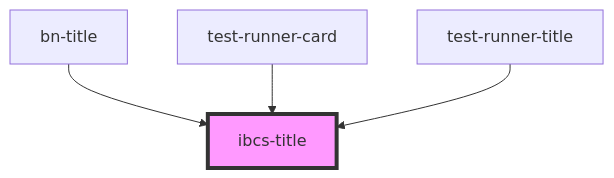
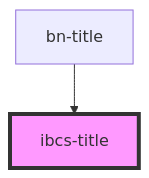
The diagram in src/components/bn-title/ibcs-title/readme.md (bino-bi/bn-template-engine), drawn with Mermaid before and after one commit. The commit also changed other lines of this file and 17 other files, not shown here.

Commit message:
feat: remove test-runner-time and test-runner-title components

````diff
--- a/src/components/bn-title/ibcs-title/readme.md
+++ b/src/components/bn-title/ibcs-title/readme.md
@@ -66,7 +64,5 @@
 ```mermaid
 graph TD;
   bn-title --> ibcs-title
-  test-runner-card --> ibcs-title
-  test-runner-title --> ibcs-title
   style ibcs-title fill:#f9f,stroke:#333,stroke-width:4px
 ```
````
